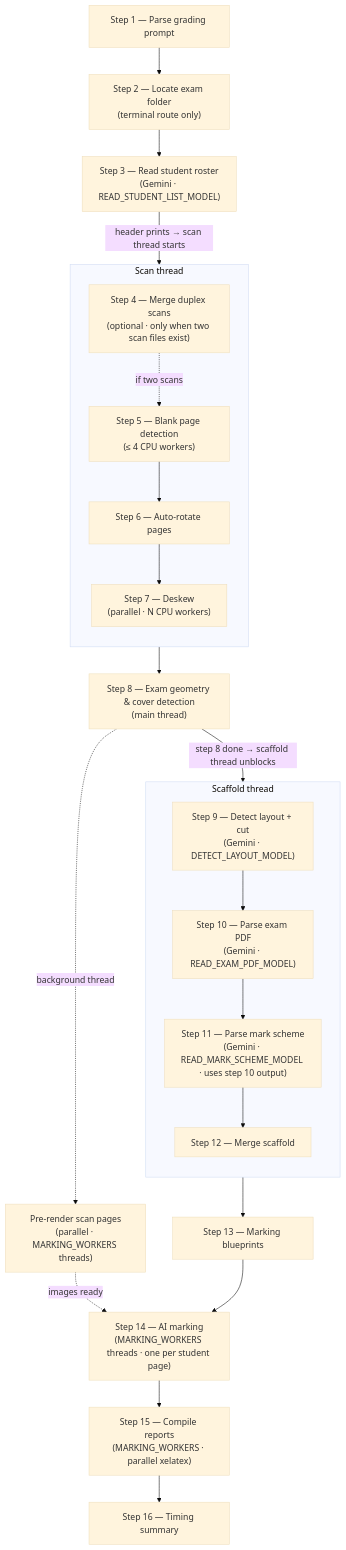
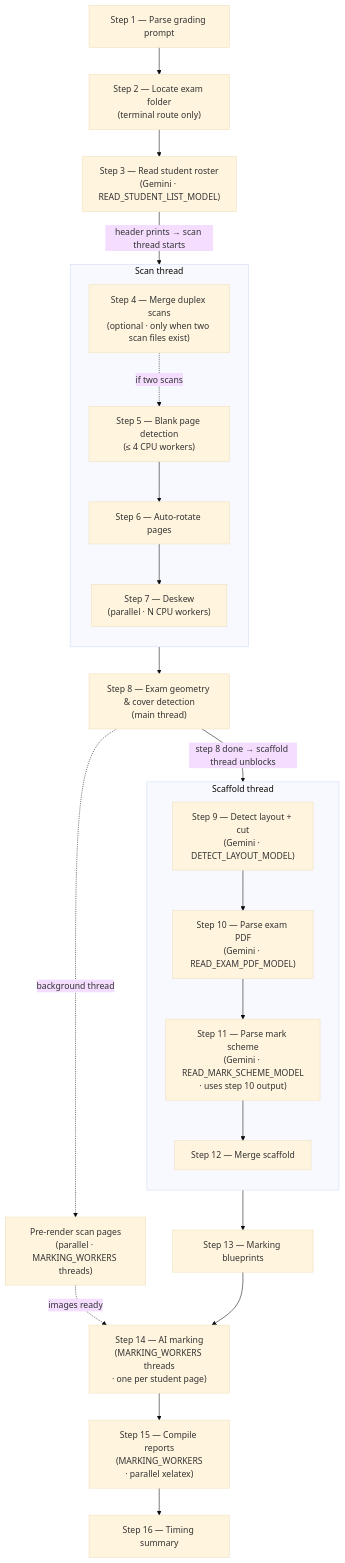
Before and after one commit to JoschkaKoen/IGCSE-Exercise-Sheet-Generator-1: the third of 3 diagrams in README.md, drawn with Mermaid (base theme). The commit also changed other lines of this file and 2 other files, not shown here.

Commit message:
ai_mark: MuMuPDF JPEG render; explanation prompt (you, \textbf); README mermaid line breaks; report table cols

````diff
--- a/README.md
+++ b/README.md
@@ -158,39 +158,39 @@
 ```mermaid
 flowchart TD
     s1["Step 1 — Parse grading prompt"]
     s2["Step 2 — Locate exam folder\n(terminal route only)"]
     s3["Step 3 — Read student roster\n(Gemini · READ_STUDENT_LIST_MODEL)"]
     s1 --> s2 --> s3
 
     s3 -->|"header prints → scan thread starts"| s4
 
     subgraph scan ["Scan thread"]
         direction TB
         s4["Step 4 — Merge duplex scans\n(optional · only when two scan files exist)"]
         s5["Step 5 — Blank page detection\n(≤ 4 CPU workers)"]
         s6["Step 6 — Auto-rotate pages"]
         s7["Step 7 — Deskew\n(parallel · N CPU workers)"]
         s4 -.->|if two scans| s5
         s5 --> s6 --> s7
     end
 
     s7 --> s8["Step 8 — Exam geometry & cover detection\n(main thread)"]
 
     s8 -->|"step 8 done → scaffold thread unblocks"| s9
     s8 -.->|"background thread"| bg["Pre-render scan pages\n(parallel · MARKING_WORKERS threads)"]
 
     subgraph scaffold ["Scaffold thread"]
         direction TB
         s9["Step 9 — Detect layout + cut\n(Gemini · DETECT_LAYOUT_MODEL)"]
         s10["Step 10 — Parse exam PDF\n(Gemini · READ_EXAM_PDF_MODEL)"]
-        s11["Step 11 — Parse mark scheme\n(Gemini · READ_MARK_SCHEME_MODEL · uses step 10 output)"]
+        s11["Step 11 — Parse mark scheme\n(Gemini · READ_MARK_SCHEME_MODEL\n· uses step 10 output)"]
         s12["Step 12 — Merge scaffold"]
         s9 --> s10 --> s11 --> s12
     end
 
     s12 --> s13["Step 13 — Marking blueprints"]
     bg -.->|"images ready"| s14
-    s13 --> s14["Step 14 — AI marking\n(MARKING_WORKERS threads · one per student page)"]
-    s14 --> s15["Step 15 — Compile reports\n(MARKING_WORKERS · parallel xelatex)"]
+    s13 --> s14["Step 14 — AI marking\n(MARKING_WORKERS threads\n· one per student page)"]
+    s14 --> s15["Step 15 — Compile reports\n(MARKING_WORKERS\n· parallel xelatex)"]
     s15 --> s16["Step 16 — Timing summary"]
 ```
````
